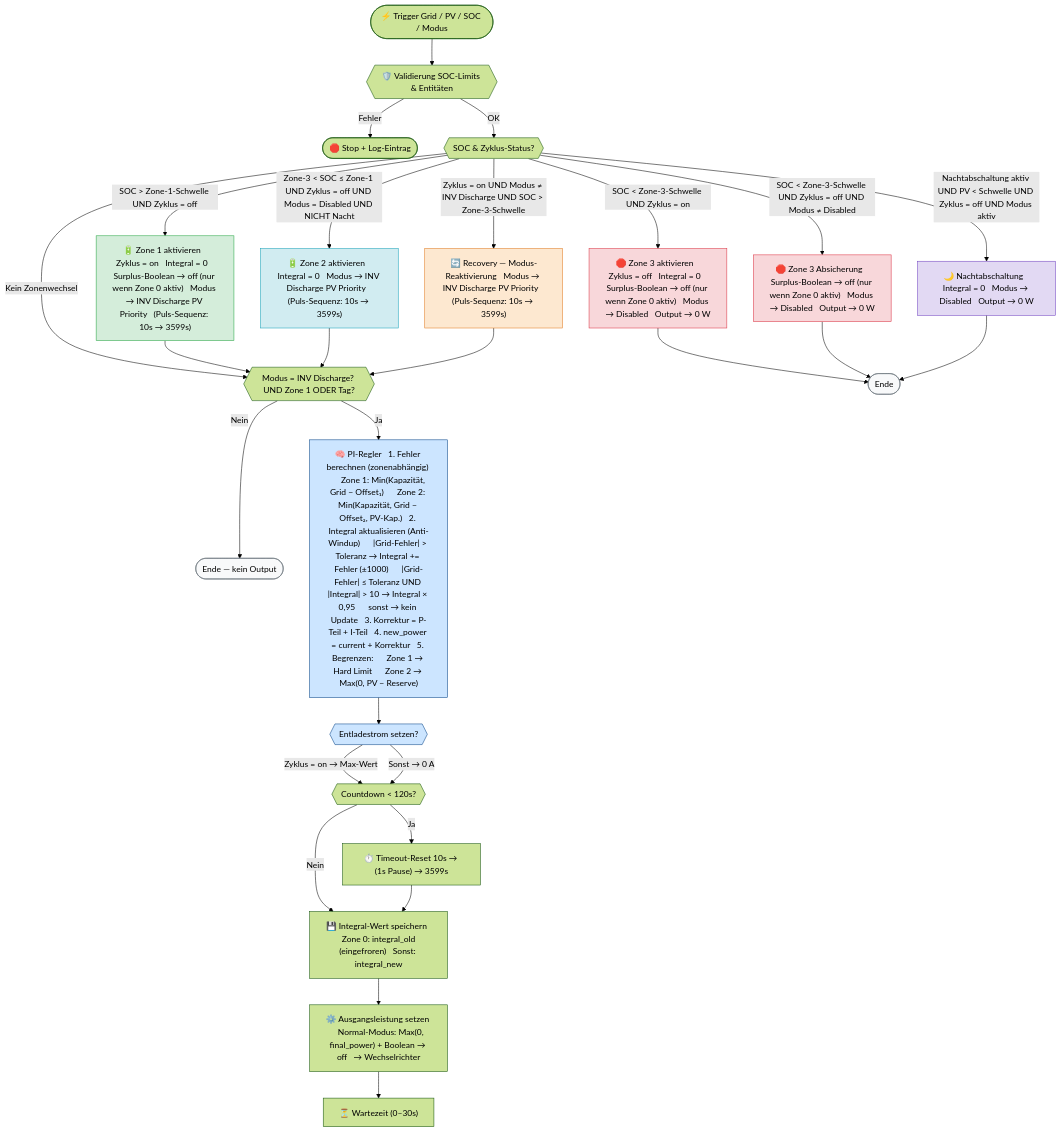
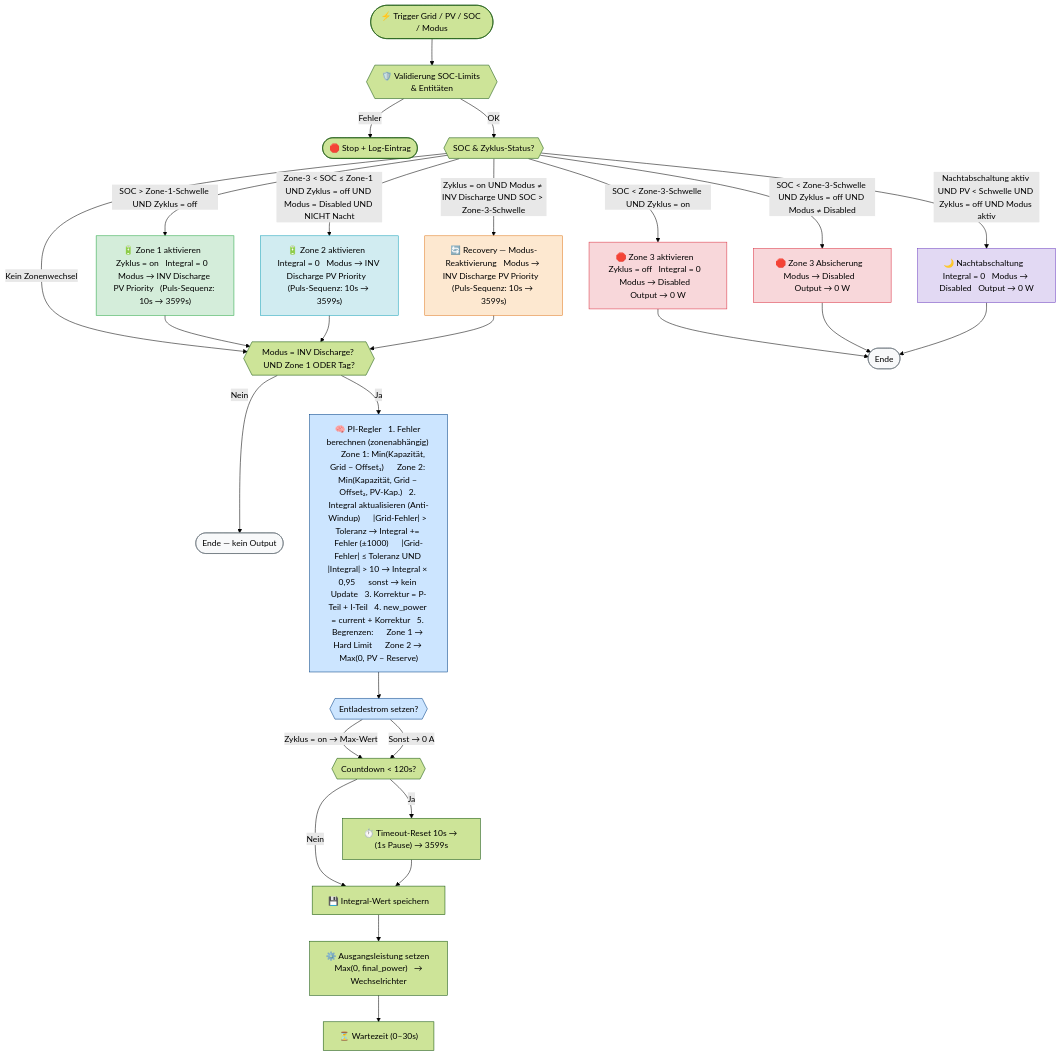
The diagram in Flowchart.md (D4nte85/Solakon-One-Nulleinspeisung-Blueprint-homeassistant), drawn with Mermaid (forest theme) before and after one commit.

```diff
--- a/Flowchart.md
+++ b/Flowchart.md
@@ -10,15 +10,15 @@
 
         %% ── Zone 1 ──────────────────────────────────────────────────
         ZONE_CHECK -- "SOC > Zone-1-Schwelle UND Zyklus = off" --> Z1_START
-        Z1_START["🔋 Zone 1 aktivieren   Zyklus = on   Integral = 0   Surplus-Boolean → off (nur wenn Zone 0 aktiv)   Modus → INV Discharge PV Priority   (Puls-Sequenz: 10s → 3599s)"]
+        Z1_START["🔋 Zone 1 aktivieren   Zyklus = on   Integral = 0   Modus → INV Discharge PV Priority   (Puls-Sequenz: 10s → 3599s)"]
 
         %% ── Zone 3 (Zyklus on) ──────────────────────────────────────
         ZONE_CHECK -- "SOC < Zone-3-Schwelle UND Zyklus = on" --> Z3_A
-        Z3_A["🛑 Zone 3 aktivieren   Zyklus = off   Integral = 0   Surplus-Boolean → off (nur wenn Zone 0 aktiv)   Modus → Disabled   Output → 0 W"]
+        Z3_A["🛑 Zone 3 aktivieren   Zyklus = off   Integral = 0   Modus → Disabled   Output → 0 W"]
 
         %% ── Zone 3 (Absicherung) ────────────────────────────────────
         ZONE_CHECK -- "SOC < Zone-3-Schwelle UND Zyklus = off UND Modus ≠ Disabled" --> Z3_B
-        Z3_B["🛑 Zone 3 Absicherung   Surplus-Boolean → off (nur wenn Zone 0 aktiv)   Modus → Disabled   Output → 0 W"]
+        Z3_B["🛑 Zone 3 Absicherung   Modus → Disabled   Output → 0 W"]
 
         %% ── Recovery ────────────────────────────────────────────────
         ZONE_CHECK -- "Zyklus = on UND Modus ≠ INV Discharge UND SOC > Zone-3-Schwelle" --> RECOVERY
@@ -64,10 +64,10 @@
         TIMEOUT_RESET --> INTEGRAL_SAVE
 
         %% ── Integral & Output ───────────────────────────────────────
-        INTEGRAL_SAVE["💾 Integral-Wert speichern   Zone 0: integral_old (eingefroren)   Sonst: integral_new"]
+        INTEGRAL_SAVE["💾 Integral-Wert speichern"]
         INTEGRAL_SAVE --> SET_OUTPUT
 
-        SET_OUTPUT["⚙️ Ausgangsleistung setzen    Normal-Modus: Max(0, final_power) + Boolean → off   → Wechselrichter"]
+        SET_OUTPUT["⚙️ Ausgangsleistung setzen  Max(0, final_power)   → Wechselrichter"]
         SET_OUTPUT --> WAIT["⏳ Wartezeit (0–30s)"]
 
         %% ── Styles ──────────────────────────────────────────────────
```
